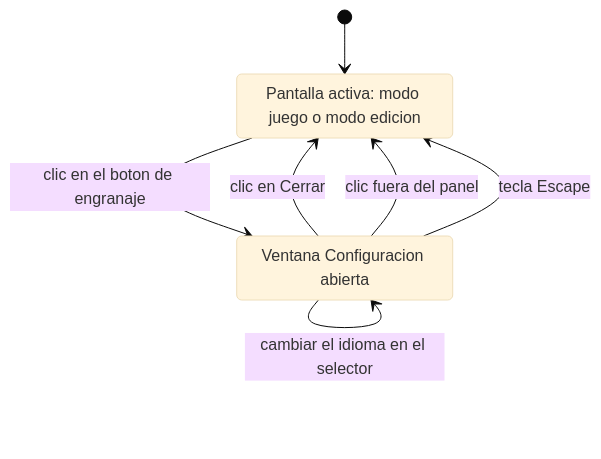
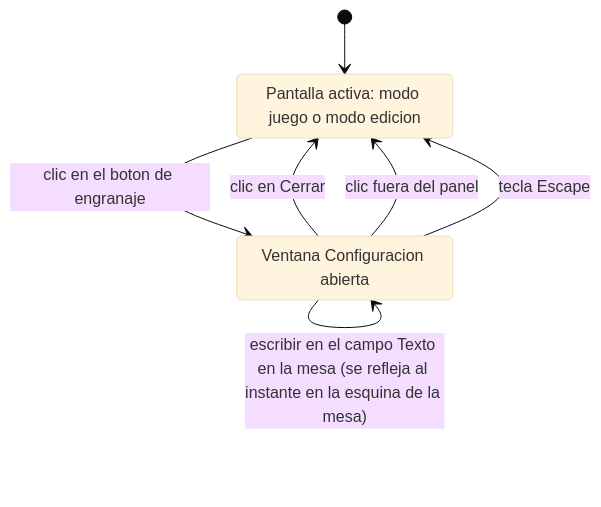
One commit to yeyopepe/bgfactory changed the first of 2 diagrams in previo-sdd/design/docs/features/038-aplicacion-multi-idioma-y-panel-de-configuracion.md. Above: the diagram before and after it, drawn with Mermaid (base theme). The commit also changed other lines of this file and 24 other files, not shown here.

````diff
--- a/previo-sdd/design/docs/features/038-aplicacion-multi-idioma-y-panel-de-configuracion.md
+++ b/previo-sdd/design/docs/features/038-aplicacion-multi-idioma-y-panel-de-configuracion.md
@@ -16,13 +17,14 @@
 ```mermaid
 stateDiagram-v2
     [*] --> PantallaActiva
 
     state "Pantalla activa: modo juego o modo edicion" as PantallaActiva
     state "Ventana Configuracion abierta" as PanelConfig
 
     PantallaActiva --> PanelConfig : clic en el boton de engranaje
     PanelConfig --> PantallaActiva : clic en Cerrar
     PanelConfig --> PantallaActiva : clic fuera del panel
     PanelConfig --> PantallaActiva : tecla Escape
     PanelConfig --> PanelConfig : cambiar el idioma en el selector
+    PanelConfig --> PanelConfig : escribir en el campo Texto en la mesa (se refleja al instante en la esquina de la mesa)
 ```
````
